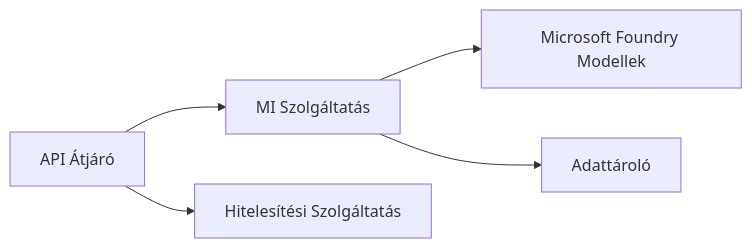
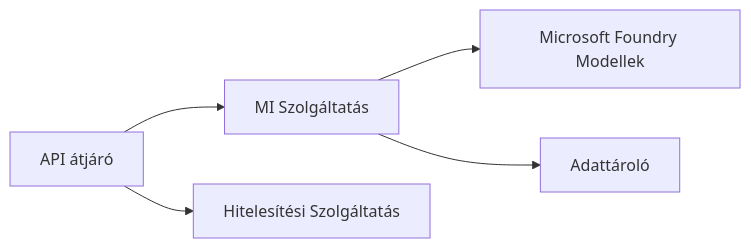
One commit to microsoft/AZD-for-beginners changed the first of 2 diagrams in translations/hu/docs/chapter-08-production/README.md. Above: the diagram before and after it, drawn with Mermaid. The commit also changed other lines of this file and 104 other files, not shown here.

````diff
--- a/translations/hu/docs/chapter-08-production/README.md
+++ b/translations/hu/docs/chapter-08-production/README.md
@@ -48,6 +48,6 @@
 ```mermaid
 graph LR
-    Gateway[API Átjáró] --> AI[MI Szolgáltatás] --> Models[Microsoft Foundry Modellek]
+    Gateway[API átjáró] --> AI[MI Szolgáltatás] --> Models[Microsoft Foundry Modellek]
     Gateway --> Auth[Hitelesítési Szolgáltatás]
     AI --> Data[Adattároló]
 ```
````
